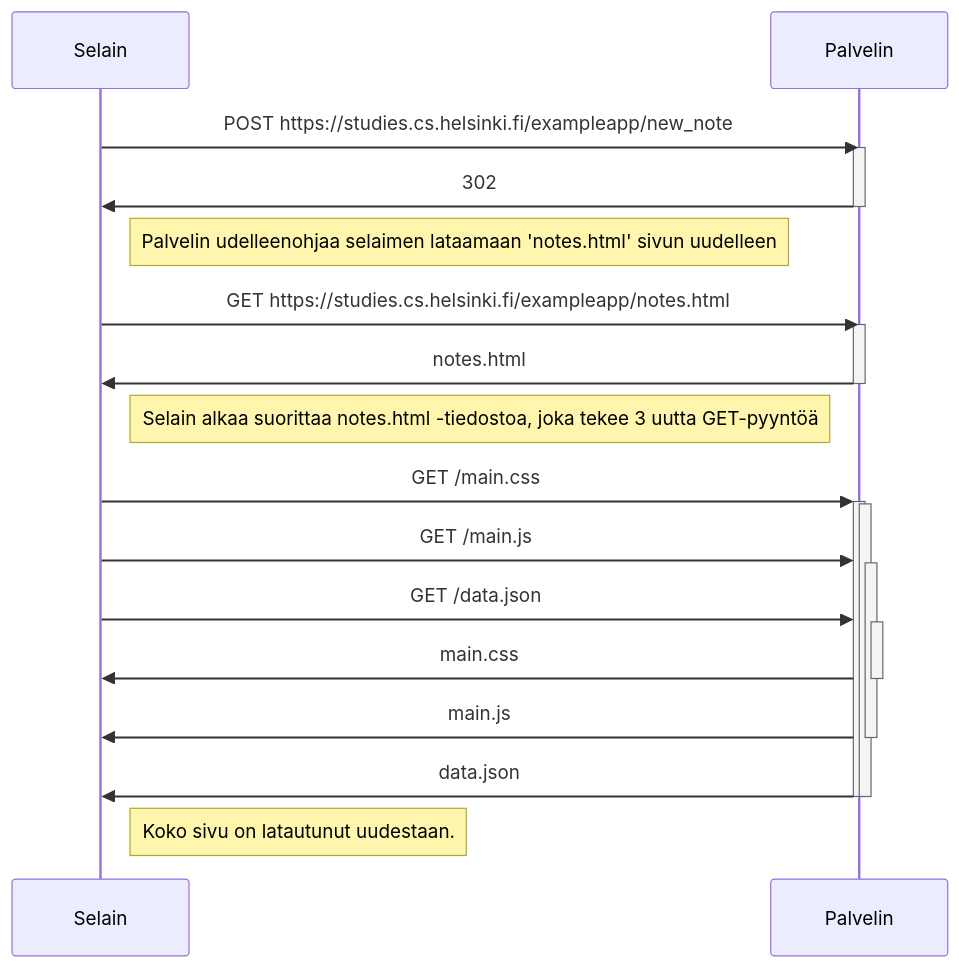
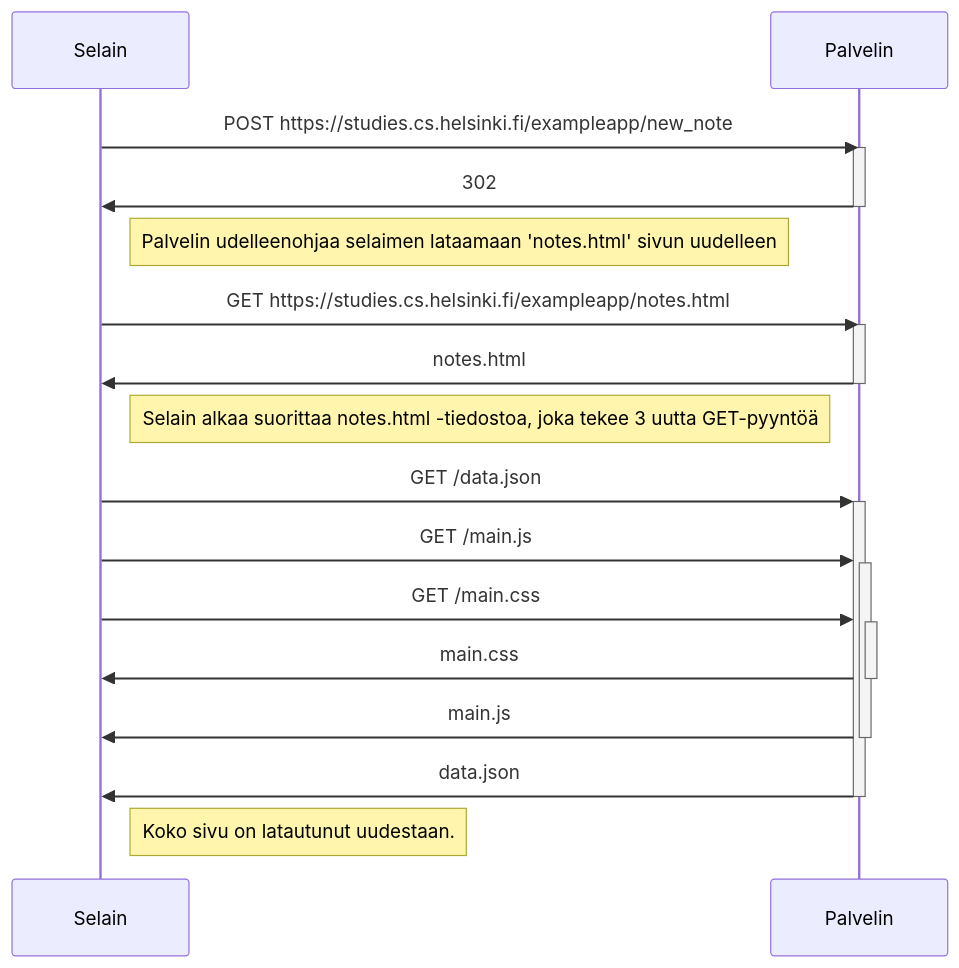
Before and after one commit to PasiParviainen/Fullstackosa0: the diagram in 0.4.md, drawn with Mermaid.

````diff
--- a/0.4.md
+++ b/0.4.md
@@ -1,30 +1,28 @@
 ```mermaid
 sequenceDiagram
   participant Selain
   participant Palvelin
 
   Selain->>Palvelin: POST https://studies.cs.helsinki.fi/exampleapp/new_note
   activate Palvelin
   Palvelin->>Selain: 302
   deactivate Palvelin
 
   Note right of Selain: Palvelin udelleenohjaa selaimen lataamaan 'notes.html' sivun uudelleen
 
   Selain->>Palvelin: GET https://studies.cs.helsinki.fi/exampleapp/notes.html
   activate Palvelin
   Palvelin->>Selain: notes.html
   deactivate Palvelin
 
   Note right of Selain: Selain alkaa suorittaa notes.html -tiedostoa, joka tekee 3 uutta GET-pyyntöä
 
+  Selain->>+Palvelin: GET /data.json
+  Selain->>+Palvelin: GET /main.js
   Selain->>+Palvelin: GET /main.css
-  activate Palvelin
-  Selain->>+Palvelin: GET /main.js
-  Selain->>+Palvelin: GET /data.json
   Palvelin->>-Selain: main.css
   Palvelin->>-Selain: main.js
   Palvelin->>-Selain: data.json
-  deactivate Palvelin
 
   Note right of Selain: Koko sivu on latautunut uudestaan.
 ```
````
